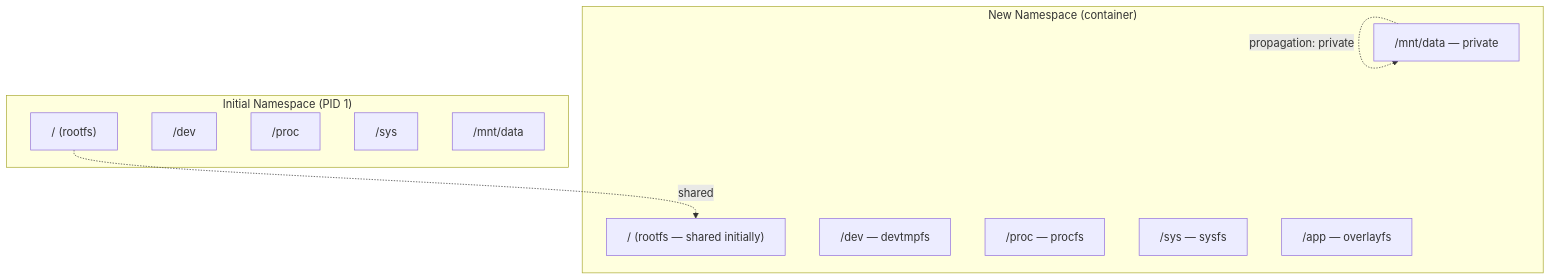
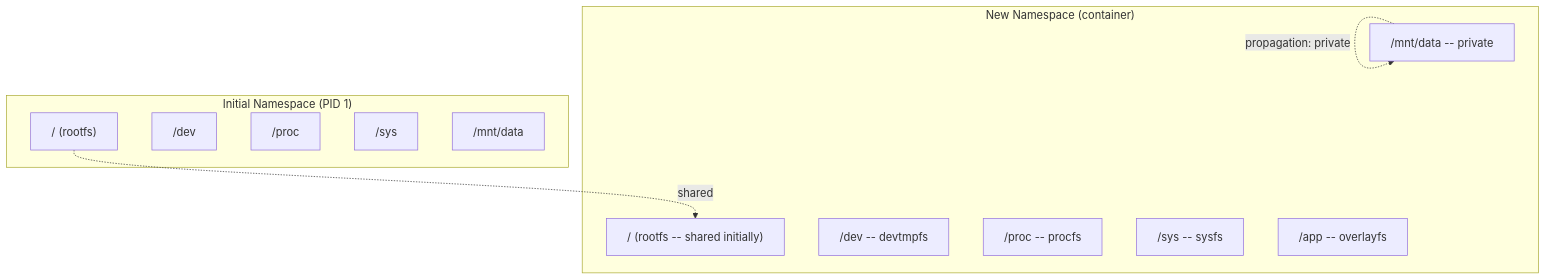
One commit to Abhinav-Kumar012/lb2 changed the third of 6 diagrams in src/kernel/filesystems/mounting.md. Above: the diagram before and after it, drawn with Mermaid. The commit also changed other lines of this file and 211 other files, not shown here.

First line of the commit message:
fix: mermaid syntax issues across 212 files

````diff
--- a/src/kernel/filesystems/mounting.md
+++ b/src/kernel/filesystems/mounting.md
@@ -206,20 +206,20 @@
 ```mermaid
 graph TB
     subgraph "Initial Namespace (PID 1)"
         M1["/ (rootfs)"]
         M2["/dev"]
         M3["/proc"]
         M4["/sys"]
         M5["/mnt/data"]
     end
     subgraph "New Namespace (container)"
-        N1["/ (rootfs — shared initially)"]
-        N2["/dev — devtmpfs"]
-        N3["/proc — procfs"]
-        N4["/sys — sysfs"]
-        N5["/mnt/data — private"]
-        N6["/app — overlayfs"]
+        N1["/ (rootfs -- shared initially)"]
+        N2["/dev -- devtmpfs"]
+        N3["/proc -- procfs"]
+        N4["/sys -- sysfs"]
+        N5["/mnt/data -- private"]
+        N6["/app -- overlayfs"]
     end
     M1 -.->|shared| N1
     N5 -.->|propagation: private| N5
 ```
````
